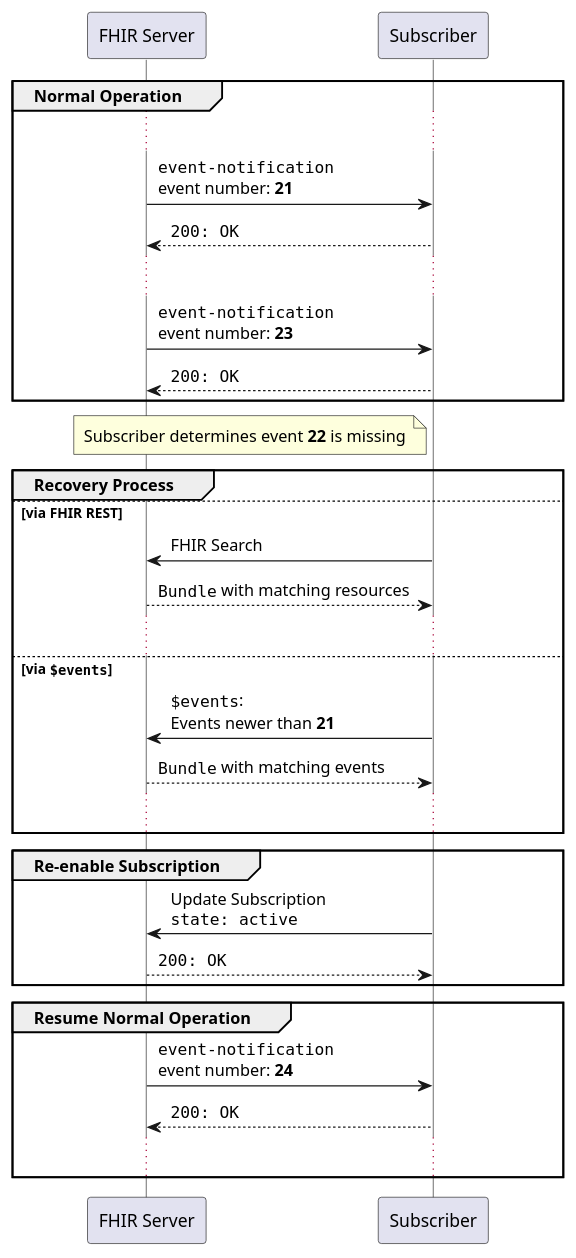
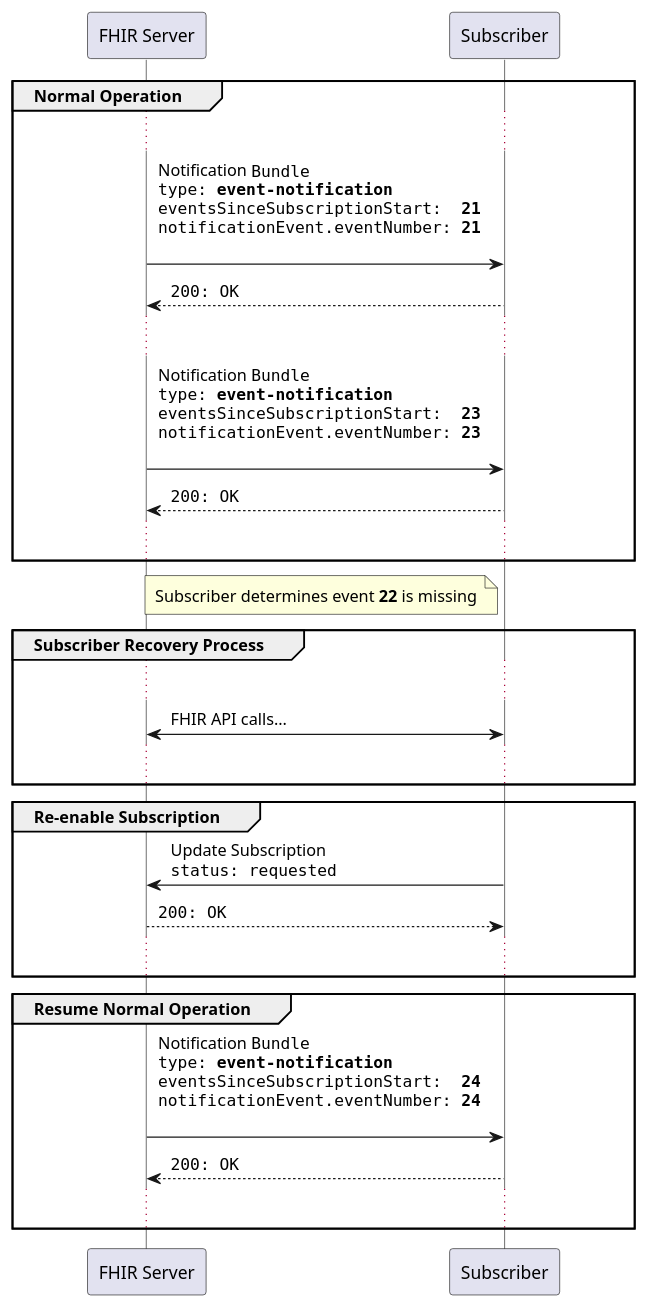
One commit to HL7/fhir-subscription-backport-ig changed the diagram in input/images-source/error-missing-event.plantuml. Above: the diagram before and after it, drawn with PlantUML. The commit also changed 17 other files, not shown here.

```diff
--- a/input/images-source/error-missing-event.plantuml
+++ b/input/images-source/error-missing-event.plantuml
@@ -1,46 +1,41 @@
 @startuml
 skinparam NoteTextAlignment left
 skinparam Padding 2
 skinparam ParticipantPadding 50
 skinparam LifelineStrategy solid
 
 participant "FHIR Server" as S
 participant Subscriber    as C
 
 group Normal Operation
   ...
-  S -> C: ""event-notification""\nevent number: **21**
+  S -> C: Notification ""Bundle""\n""type: **event-notification**""\n""eventsSinceSubscriptionStart:  **21**""\n""notificationEvent.eventNumber: **21**""\n
   return ""200: OK""
   ...
-  S -> C: ""event-notification""\nevent number: **23**
+  S -> C: Notification ""Bundle""\n""type: **event-notification**""\n""eventsSinceSubscriptionStart:  **23**""\n""notificationEvent.eventNumber: **23**""\n
   return ""200: OK""
+  ...
 end
 
 note left of C
   Subscriber determines event **22** is missing
 end note
 
-group Recovery Process
-else via FHIR REST
-  C -> S: FHIR Search
-  return ""Bundle"" with matching resources
+group Subscriber Recovery Process
   ...
-else via ""$events""
-  C -> S: ""$events"":\nEvents newer than **21**
-  return ""Bundle"" with matching events
+  C <-> S: FHIR API calls...
   ...
-
 end
 
 group Re-enable Subscription
-  C -> S:Update Subscription\n""state: active""
-  return ""200: OK""
-end
-
-group Resume Normal Operation
-  S -> C: ""event-notification""\nevent number: **24**
+  C -> S:Update Subscription\n""status: requested""
   return ""200: OK""
   ...
 end
 
+group Resume Normal Operation
+  S -> C: Notification ""Bundle""\n""type: **event-notification**""\n""eventsSinceSubscriptionStart:  **24**""\n""notificationEvent.eventNumber: **24**""\n
+  return ""200: OK""
+  ...
+end
 @enduml
```
